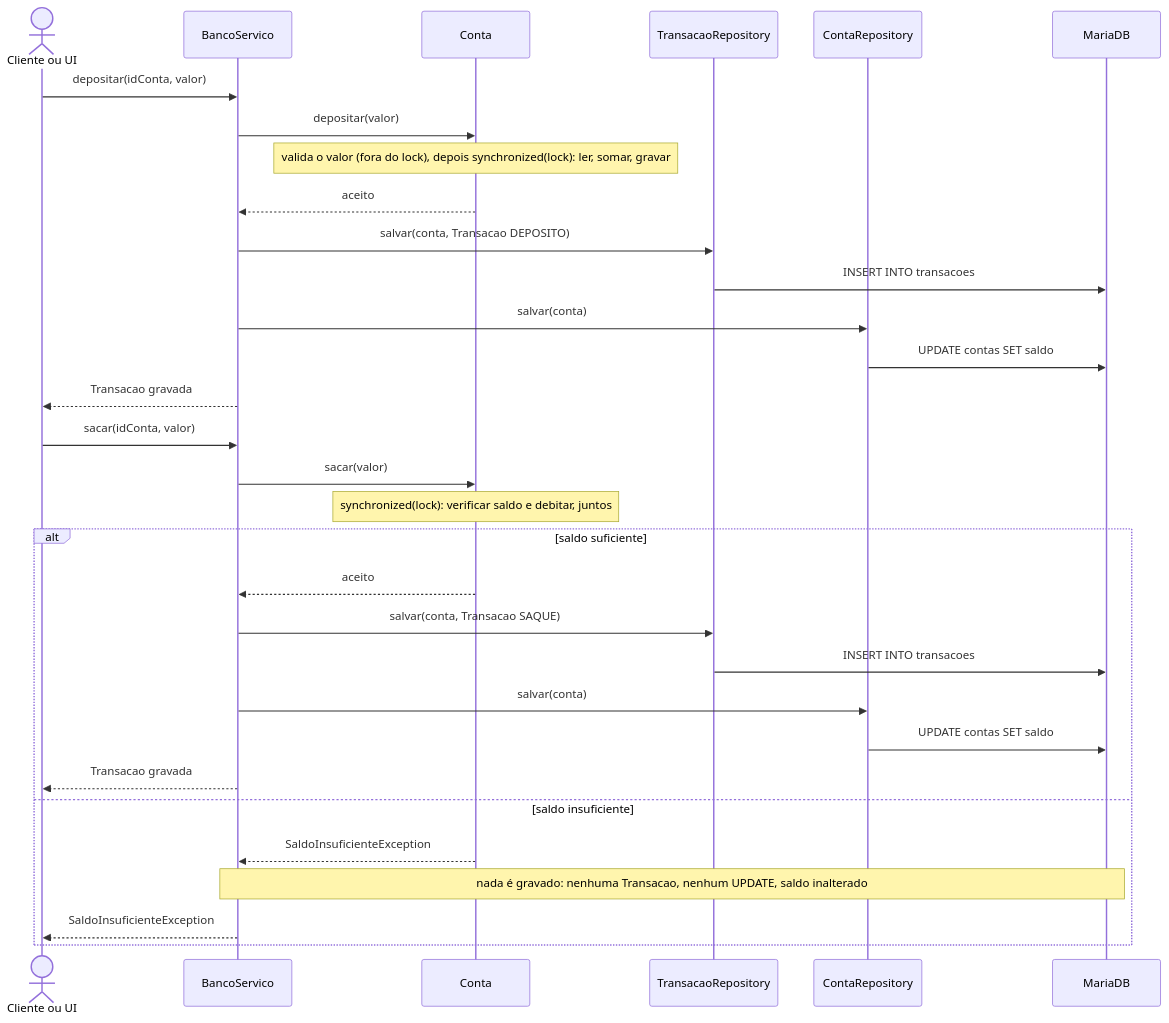
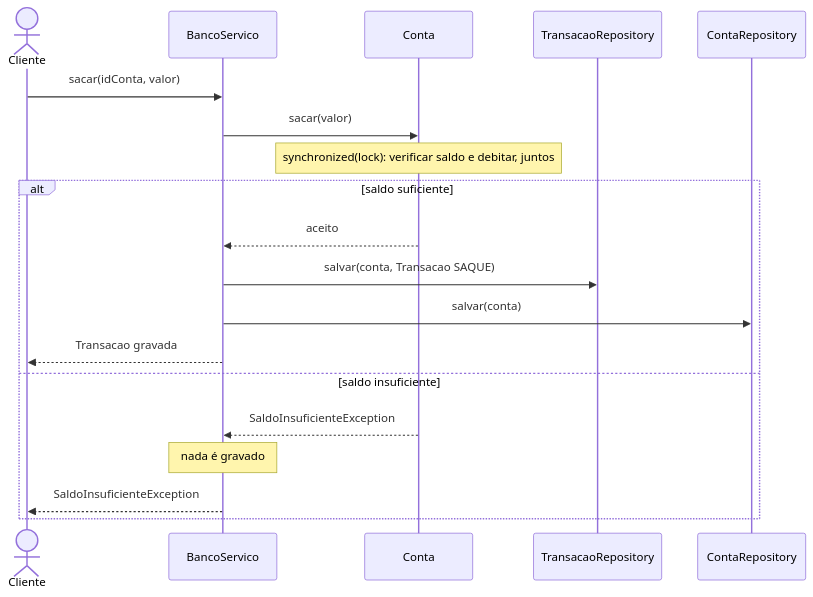
The second of 6 diagrams in README.md (leonardoschimock/sistema-bancario), drawn with Mermaid before and after one commit. The commit also changed other lines of this file and 18 other files, not shown here.

````diff
--- a/README.md
+++ b/README.md
@@ -279,35 +130,22 @@
 ```mermaid
 sequenceDiagram
-    actor U as Cliente ou UI
+    actor U as Cliente
     participant S as BancoServico
     participant C as Conta
     participant TR as TransacaoRepository
     participant CR as ContaRepository
-    participant DB as MariaDB
-
-    U->>S: depositar(idConta, valor)
-    S->>C: depositar(valor)
-    Note over C: valida o valor (fora do lock), depois synchronized(lock): ler, somar, gravar
-    C-->>S: aceito
-    S->>TR: salvar(conta, Transacao DEPOSITO)
-    TR->>DB: INSERT INTO transacoes
-    S->>CR: salvar(conta)
-    CR->>DB: UPDATE contas SET saldo
-    S-->>U: Transacao gravada
 
     U->>S: sacar(idConta, valor)
     S->>C: sacar(valor)
     Note over C: synchronized(lock): verificar saldo e debitar, juntos
     alt saldo suficiente
         C-->>S: aceito
         S->>TR: salvar(conta, Transacao SAQUE)
-        TR->>DB: INSERT INTO transacoes
         S->>CR: salvar(conta)
-        CR->>DB: UPDATE contas SET saldo
         S-->>U: Transacao gravada
     else saldo insuficiente
         C-->>S: SaldoInsuficienteException
-        Note over S,DB: nada é gravado: nenhuma Transacao, nenhum UPDATE, saldo inalterado
+        Note over S: nada é gravado
         S-->>U: SaldoInsuficienteException
     end
 ```
````
